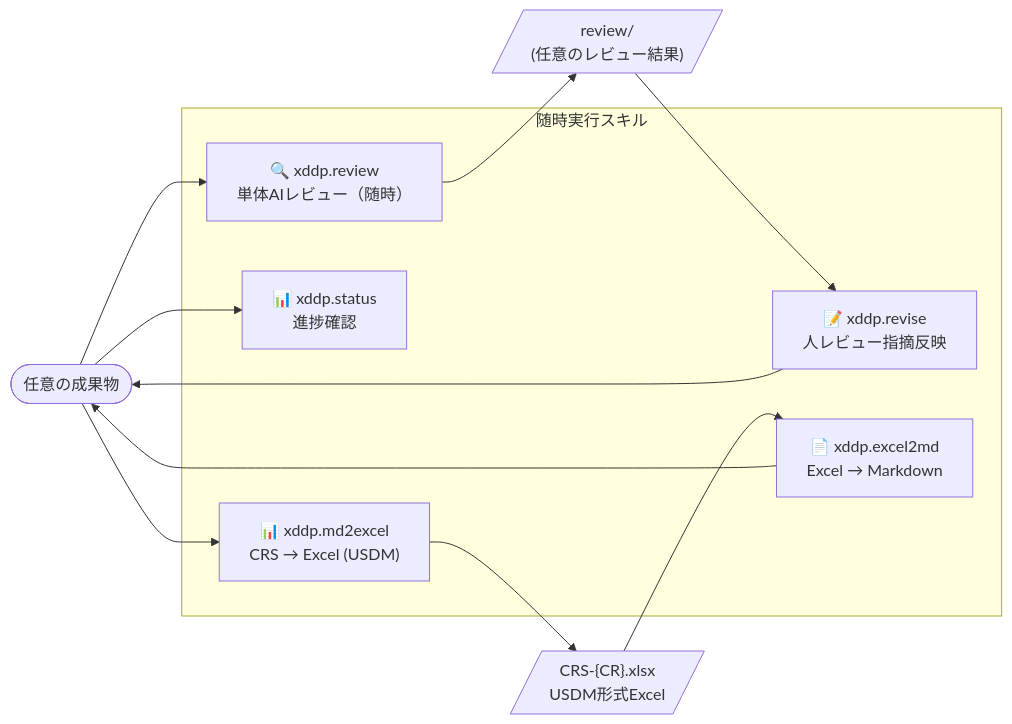
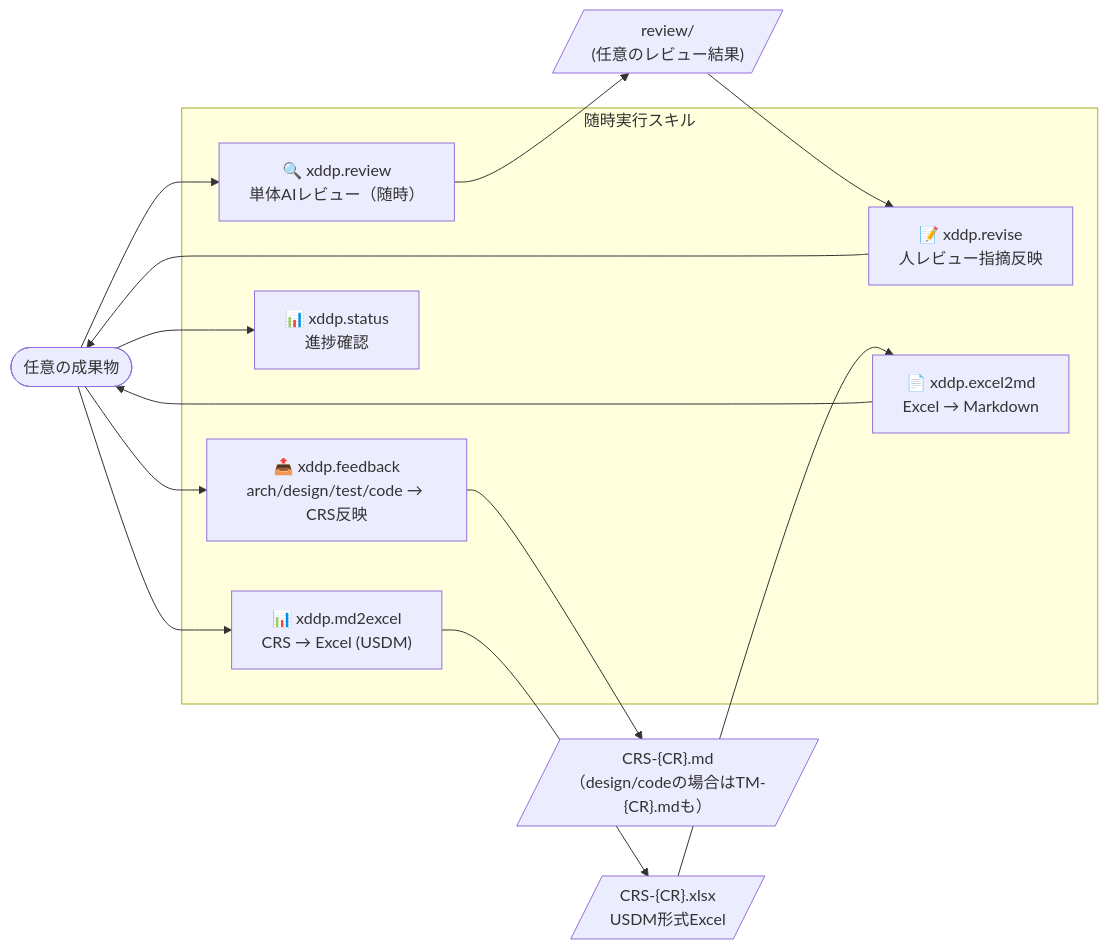
Before and after one commit to tsuna44/XddpSettings: the fourth of 4 diagrams in docs/xddp-process-dfd.md, drawn with Mermaid. The commit also changed 6 other files, not shown here.

````diff
--- a/docs/xddp-process-dfd.md
+++ b/docs/xddp-process-dfd.md
@@ -189,21 +189,24 @@
 ```mermaid
 flowchart LR
     DOC(["任意の成果物"])
 
     subgraph UTILS["随時実行スキル"]
         REV["🔍 xddp.review<br/>単体AIレビュー（随時）"]
         RVS["📝 xddp.revise<br/>人レビュー指摘反映"]
+        FDB["📤 xddp.feedback<br/>arch/design/test/code → CRS反映"]
         STS["📊 xddp.status<br/>進捗確認"]
         M2E["📊 xddp.md2excel<br/>CRS → Excel (USDM)"]
         E2M["📄 xddp.excel2md<br/>Excel → Markdown"]
     end
 
     REVIEW_OUT[/"review/<br/>(任意のレビュー結果)"/]
     EXCEL_OUT[/"CRS-{CR}.xlsx<br/>USDM形式Excel"/]
+    CRS_OUT[/"CRS-{CR}.md<br/>（design/codeの場合はTM-{CR}.mdも）"/]
 
     DOC --> REV --> REVIEW_OUT
     REVIEW_OUT --> RVS --> DOC
+    DOC --> FDB --> CRS_OUT
     DOC --> STS
     DOC --> M2E --> EXCEL_OUT
     EXCEL_OUT --> E2M --> DOC
 ```
````
